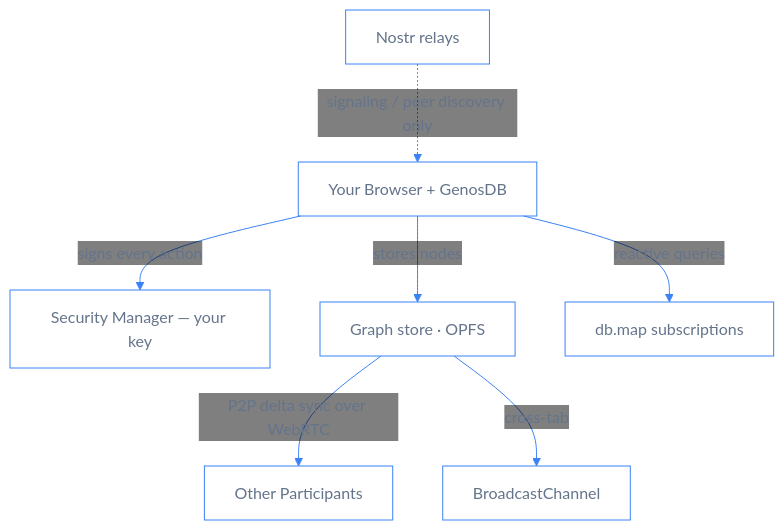
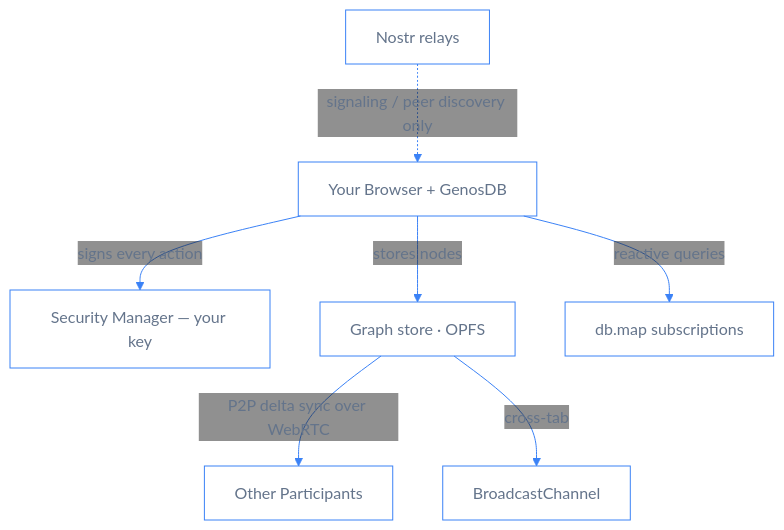
One commit to estebanrfp/gdb changed the diagram in README.md. Above: the diagram before and after it, drawn with Mermaid.

Commit message:
docs(readme): adjust mermaid edge-label background (#22222200)

````diff
--- a/README.md
+++ b/README.md
@@ -44,10 +44,10 @@
 ```mermaid
-%%{init: {'theme':'base', 'themeVariables': {'primaryColor':'transparent','primaryBorderColor':'#3b82f6','primaryTextColor':'#64748b','lineColor':'#3b82f6','edgeLabelBackground':'rgba(0,0,0,0)','fontFamily':'Inter, ui-sans-serif, sans-serif'}}}%%
+%%{init: {'theme':'base', 'themeVariables': {'primaryColor':'transparent','primaryBorderColor':'#3b82f6','primaryTextColor':'#64748b','lineColor':'#3b82f6','edgeLabelBackground':'#22222200','fontFamily':'Inter, ui-sans-serif, sans-serif'}}}%%
 graph TD
     A["Your Browser + GenosDB"] -->|signs every action| B["Security Manager — your key"]
     A -->|stores nodes| C["Graph store · OPFS"]
     A -->|reactive queries| D["db.map subscriptions"]
     C -->|P2P delta sync over WebRTC| E["Other Participants"]
     C -->|cross-tab| F["BroadcastChannel"]
     G["Nostr relays"] -.->|signaling / peer discovery only| A
 ```
````
